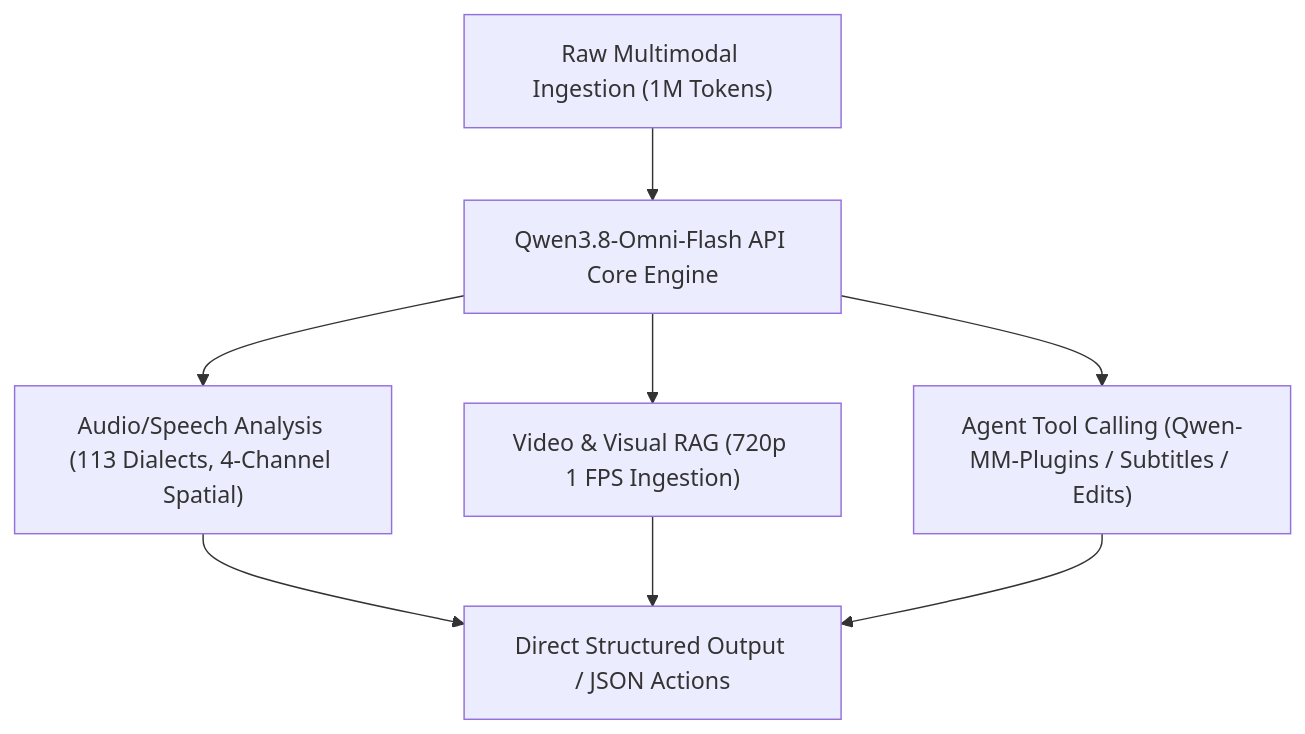
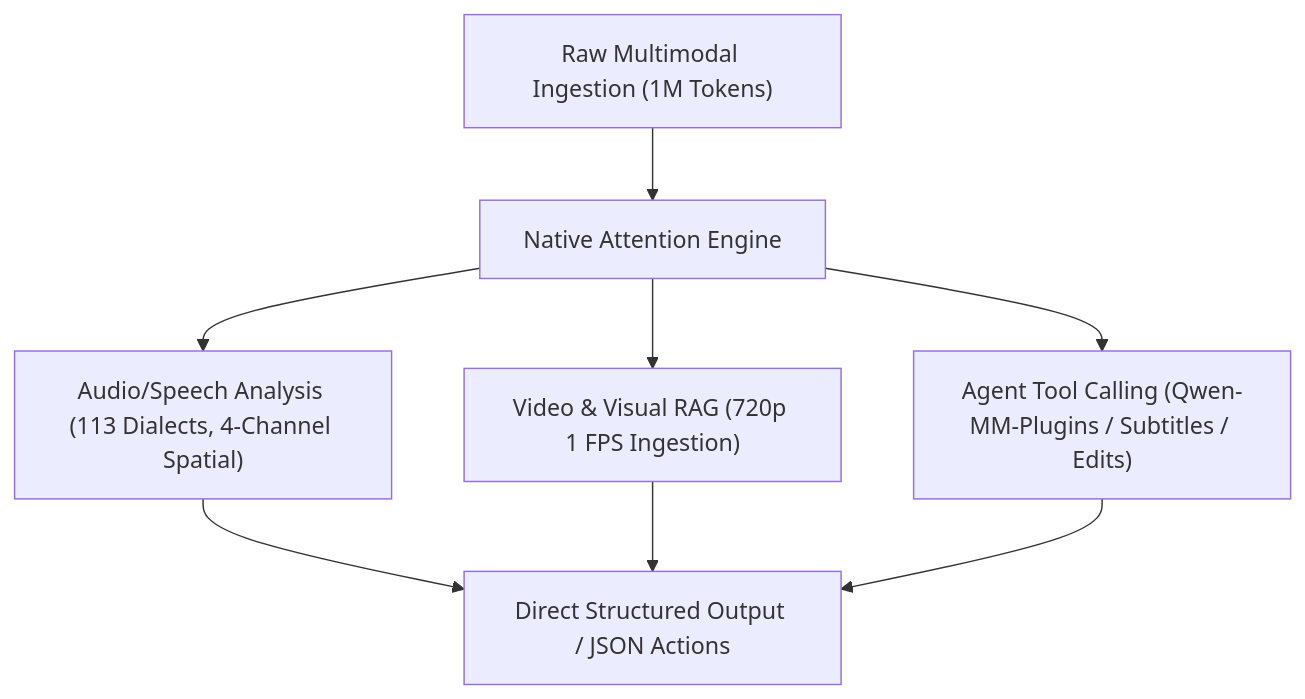
The diagram in src/content/blog/qwen-3-8-omni-flash-api-setup.md (bshx2024/apivel_blog), drawn with Mermaid before and after one commit. The commit also changed other lines of this file and 1 other file, not shown here.

Commit message:
perf(blog): naturalize Qwen3.8-Omni-Flash API keyword density and trim prose for optimal On-Page score

````diff
--- a/src/content/blog/qwen-3-8-omni-flash-api-setup.md
+++ b/src/content/blog/qwen-3-8-omni-flash-api-setup.md
@@ -134,10 +134,10 @@
 ```mermaid
 graph TD
-    A["Raw Multimodal Ingestion (1M Tokens)"] --> B["Qwen3.8-Omni-Flash API Core Engine"]
+    A["Raw Multimodal Ingestion (1M Tokens)"] --> B["Native Attention Engine"]
     B --> C["Audio/Speech Analysis (113 Dialects, 4-Channel Spatial)"]
     B --> D["Video & Visual RAG (720p 1 FPS Ingestion)"]
     B --> E["Agent Tool Calling (Qwen-MM-Plugins / Subtitles / Edits)"]
     C --> F["Direct Structured Output / JSON Actions"]
     D --> F
     E --> F
 ```
````
